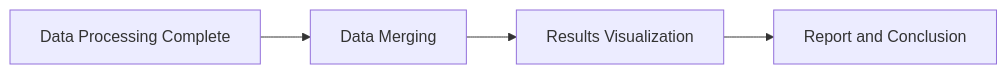
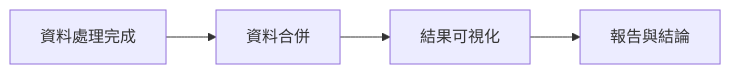
The first of 2 diagrams in README.md (KyleHung7/Educational-Data-Mining-Projects), drawn with Mermaid before and after one commit. The commit also changed other lines of this file, not shown here.

````diff
--- a/README.md
+++ b/README.md
@@ -91,6 +91,6 @@
 ```mermaid
 graph LR
-    A[Data Processing Complete] --> B[Data Merging]
-    B --> C[Results Visualization]
-    C --> D[Report and Conclusion]
+    A[資料處理完成] --> B[資料合併]
+    B --> C[結果可視化]
+    C --> D[報告與結論]
 ```
````
